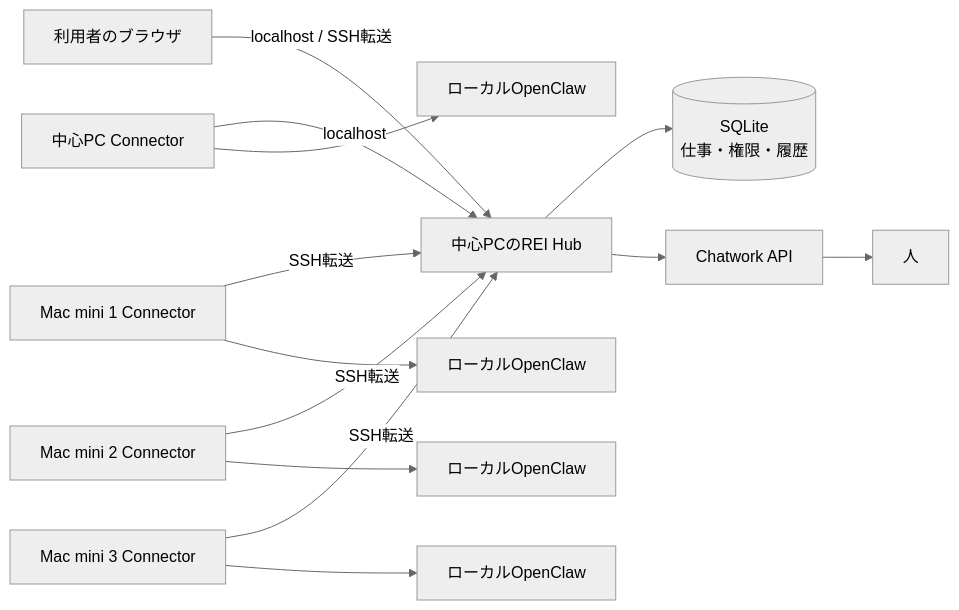
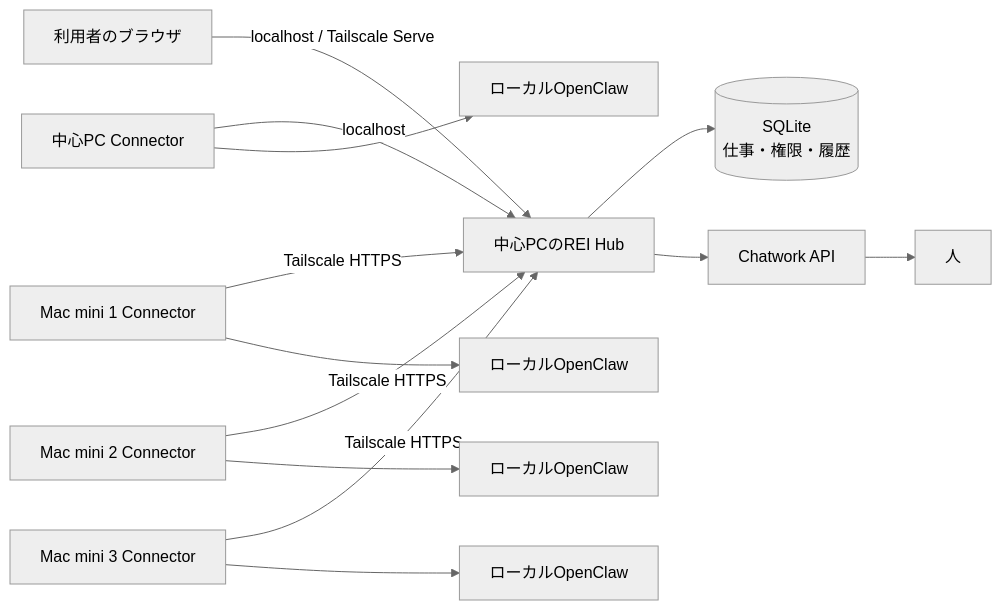
One commit to ywada-ga/rei-ai-company changed the first of 2 diagrams in ARCHITECTURE.md. Above: the diagram before and after it, drawn with Mermaid (neutral theme). The commit also changed other lines of this file and 7 other files, not shown here.

````diff
--- a/ARCHITECTURE.md
+++ b/ARCHITECTURE.md
@@ -3,15 +3,15 @@
 ```mermaid
 flowchart LR
-  U[利用者のブラウザ] -->|localhost / SSH転送| H[中心PCのREI Hub]
+  U[利用者のブラウザ] -->|localhost / Tailscale Serve| H[中心PCのREI Hub]
   H --> D[(SQLite<br/>仕事・権限・履歴)]
   H --> C[Chatwork API]
   A[中心PC Connector] -->|localhost| H
-  B[Mac mini 1 Connector] -->|SSH転送| H
-  E[Mac mini 2 Connector] -->|SSH転送| H
-  F[Mac mini 3 Connector] -->|SSH転送| H
+  B[Mac mini 1 Connector] -->|Tailscale HTTPS| H
+  E[Mac mini 2 Connector] -->|Tailscale HTTPS| H
+  F[Mac mini 3 Connector] -->|Tailscale HTTPS| H
   A --> OA[ローカルOpenClaw]
   B --> OB[ローカルOpenClaw]
   E --> OE[ローカルOpenClaw]
   F --> OF[ローカルOpenClaw]
   C --> P[人]
 ```
````
